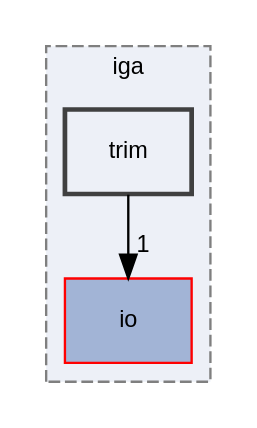
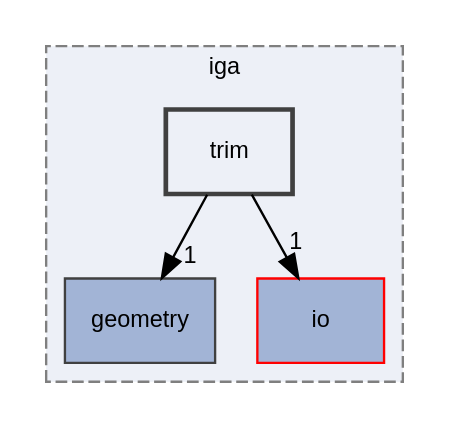
One commit to rath3t/dune-iga-doc changed the diagram in dir_3a8a27db37838cd238997301ec88b300_dep.dot. Above: the diagram before and after it, drawn with Graphviz. The commit also changed 1110 other files, not shown here.

```diff
--- a/dir_3a8a27db37838cd238997301ec88b300_dep.dot
+++ b/dir_3a8a27db37838cd238997301ec88b300_dep.dot
@@ -1,13 +1,15 @@
 digraph "trim"
 {
  // LATEX_PDF_SIZE
   edge [fontname="Helvetica",fontsize="10",labelfontname="Helvetica",labelfontsize="10"];
   node [fontname="Helvetica",fontsize="10",shape=record];
   compound=true
   subgraph clusterdir_d2a3c23294a1b1015b1b8e8721ddded8 {
     graph [ bgcolor="#edf0f7", pencolor="grey50", style="filled,dashed,", label="iga", fontname="Helvetica", fontsize="10", URL="dir_d2a3c23294a1b1015b1b8e8721ddded8.html"]
+  dir_b534248905b8119b36a62f0ff7e8fe43 [shape=box, label="geometry", style="filled,", fillcolor="#a2b4d6", color="grey25", URL="dir_b534248905b8119b36a62f0ff7e8fe43.html"];
   dir_c3ccff8517fbe337b2b8ad503c3a1590 [shape=box, label="io", style="filled,", fillcolor="#a2b4d6", color="red", URL="dir_c3ccff8517fbe337b2b8ad503c3a1590.html"];
   dir_3a8a27db37838cd238997301ec88b300 [shape=box, label="trim", style="filled,bold,", fillcolor="#edf0f7", color="grey25", URL="dir_3a8a27db37838cd238997301ec88b300.html"];
   }
-  dir_3a8a27db37838cd238997301ec88b300->dir_c3ccff8517fbe337b2b8ad503c3a1590 [headlabel="1", labeldistance=1.5 headhref="dir_000011_000008.html"];
+  dir_3a8a27db37838cd238997301ec88b300->dir_b534248905b8119b36a62f0ff7e8fe43 [headlabel="1", labeldistance=1.5 headhref="dir_000009_000003.html"];
+  dir_3a8a27db37838cd238997301ec88b300->dir_c3ccff8517fbe337b2b8ad503c3a1590 [headlabel="1", labeldistance=1.5 headhref="dir_000009_000007.html"];
 }
```
